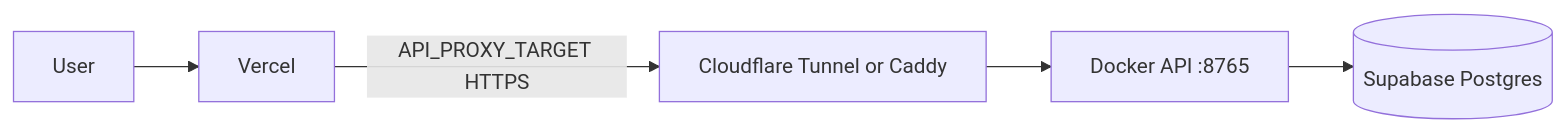
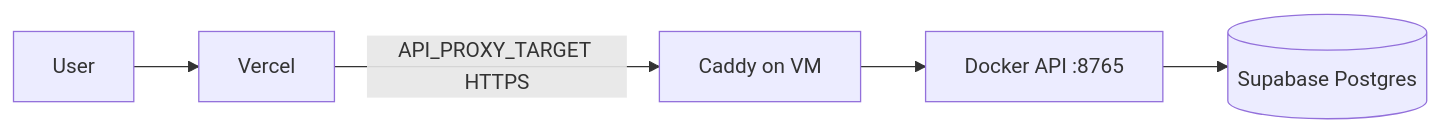
One commit to Sousa-16/PRAXISWeb changed the diagram in DEPLOYMENT_OCI.md. Above: the diagram before and after it, drawn with Mermaid. The commit also changed other lines of this file and 2 other files, not shown here.

Commit message:
Trim deploy docs for DuckDNS+Caddy live stack

````diff
--- a/DEPLOYMENT_OCI.md
+++ b/DEPLOYMENT_OCI.md
@@ -5,7 +5,7 @@
 ```mermaid
 flowchart LR
   User --> Vercel
-  Vercel -->|API_PROXY_TARGET HTTPS| Tunnel[Cloudflare Tunnel or Caddy]
-  Tunnel --> API[Docker API :8765]
+  Vercel -->|API_PROXY_TARGET HTTPS| Caddy[Caddy on VM]
+  Caddy --> API[Docker API :8765]
   API --> Supabase[(Supabase Postgres)]
 ```
````
